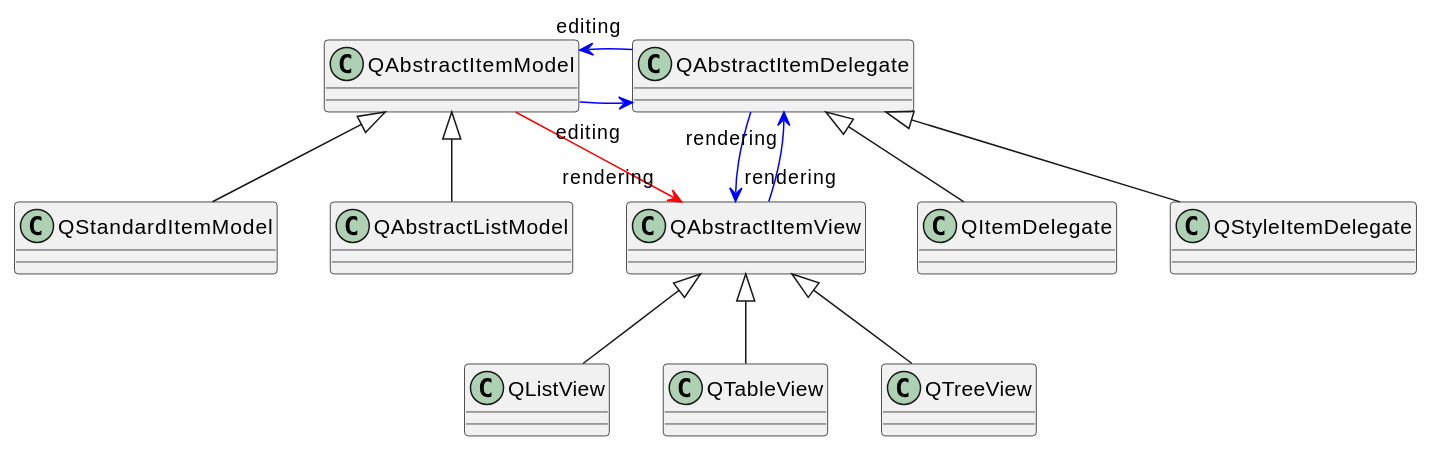
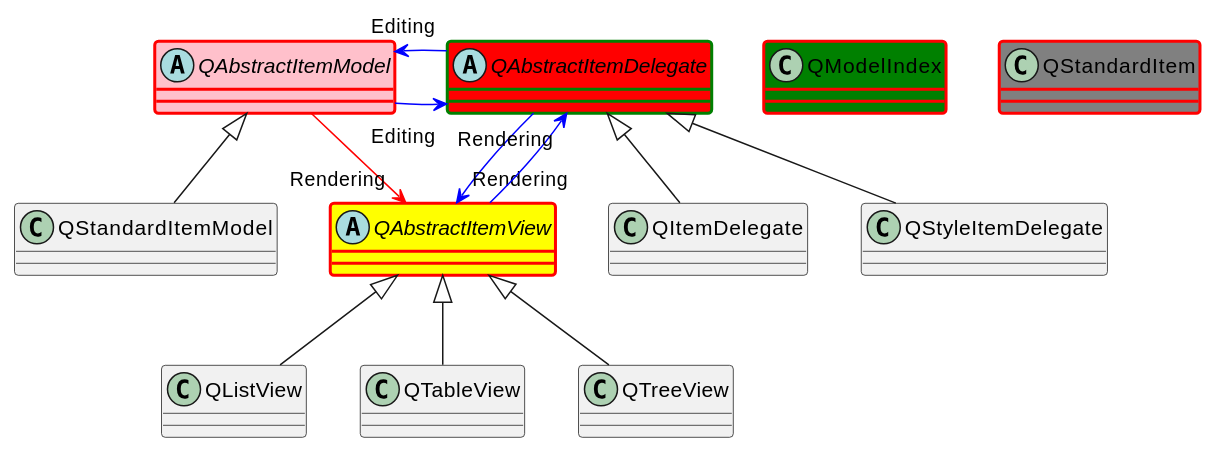
Before and after one commit to FeiWang1119/examples: the diagram in docs/Qt/mode-view.md, drawn with PlantUML. The commit also changed other lines of this file, not shown here.

Commit message:
update model-view

```diff
--- a/docs/Qt/mode-view.md
+++ b/docs/Qt/mode-view.md
@@ -25,39 +25,46 @@
 @startuml
+
+Abstract QAbstractItemModel #pink ##[bold]red
+Abstract QAbstractItemDelegate #red ##[bold]green
+Abstract QAbstractItemView #yellow ##[bold]red
+class QModelIndex #green ##[bold]red
+class QStandardItem #gray ##[bold]red
 
 QAbstractItemModel <|-- QStandardItemModel 
 QAbstractItemModel <|-- QAbstractListModel
 QAbstractItemModel <|-- QAbstractProxyModel
 QAbstractItemModel <|-- QAbstractTableModel
 QAbstractItemModel <|-- QFileSystemModel
 QAbstractItemModel <|-- QHelpContentModel
 QAbstractItemModel <|-- QPdfBookmarkModel 
 QAbstractItemModel <|-- QAbstractItemModelReplica
 QAbstractItemModel <|-- QConcatenateTablesProxyModel
 
+remove QAbstractListModel
 remove QAbstractProxyModel 
 remove QAbstractTableModel
 remove QFileSystemModel 
 remove QHelpContentModel
 remove QPdfBookmarkModel
 remove QAbstractItemModelReplica
 remove QConcatenateTablesProxyModel
 
 QAbstractItemView <|-- QListView 
 QAbstractItemView <|-- QColumnView
 QAbstractItemView <|-- QHeaderView
 QAbstractItemView <|-- QTableView
 QAbstractItemView <|-- QTreeView
 
 remove QHeaderView
 remove QColumnView
 
 QAbstractItemDelegate <|-- QItemDelegate
 QAbstractItemDelegate <|-- QStyleItemDelegate
 
-QAbstractItemModel -[#red]down->"rendering" QAbstractItemView
-QAbstractItemModel -[#blue]right->"editing" QAbstractItemDelegate 
-QAbstractItemDelegate -[#blue]right->"editing" QAbstractItemModel 
-QAbstractItemDelegate -[#blue]right->"rendering" QAbstractItemView 
-QAbstractItemView -[#blue]right->"rendering" QAbstractItemDelegate 
+QAbstractItemModel -[#red]down->"Rendering" QAbstractItemView
+QAbstractItemModel -[#blue]right->"Editing" QAbstractItemDelegate 
+QAbstractItemDelegate -[#blue]right->"Editing" QAbstractItemModel 
+QAbstractItemDelegate -[#blue]right->"Rendering" QAbstractItemView 
+QAbstractItemView -[#blue]right->"Rendering" QAbstractItemDelegate 
 
 @enduml
```
